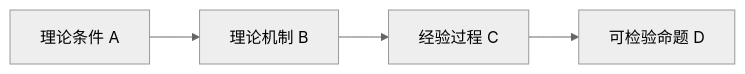
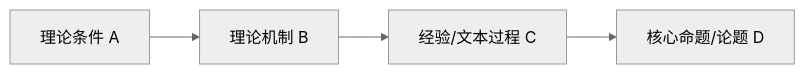
Before and after one commit to JingYangYuan/paper-design-4ss: the diagram in phases/01-frame-mode.md, drawn with Mermaid (neutral theme). The commit also changed other lines of this file and 77 other files, not shown here.

````diff
--- a/phases/01-frame-mode.md
+++ b/phases/01-frame-mode.md
@@ -119,6 +73,6 @@
 ```mermaid
 flowchart LR
   A[理论条件 A] --> B[理论机制 B]
-  B --> C[经验过程 C]
-  C --> D[可检验命题 D]
+  B --> C[经验/文本过程 C]
+  C --> D[核心命题/论题 D]
 ```
````
